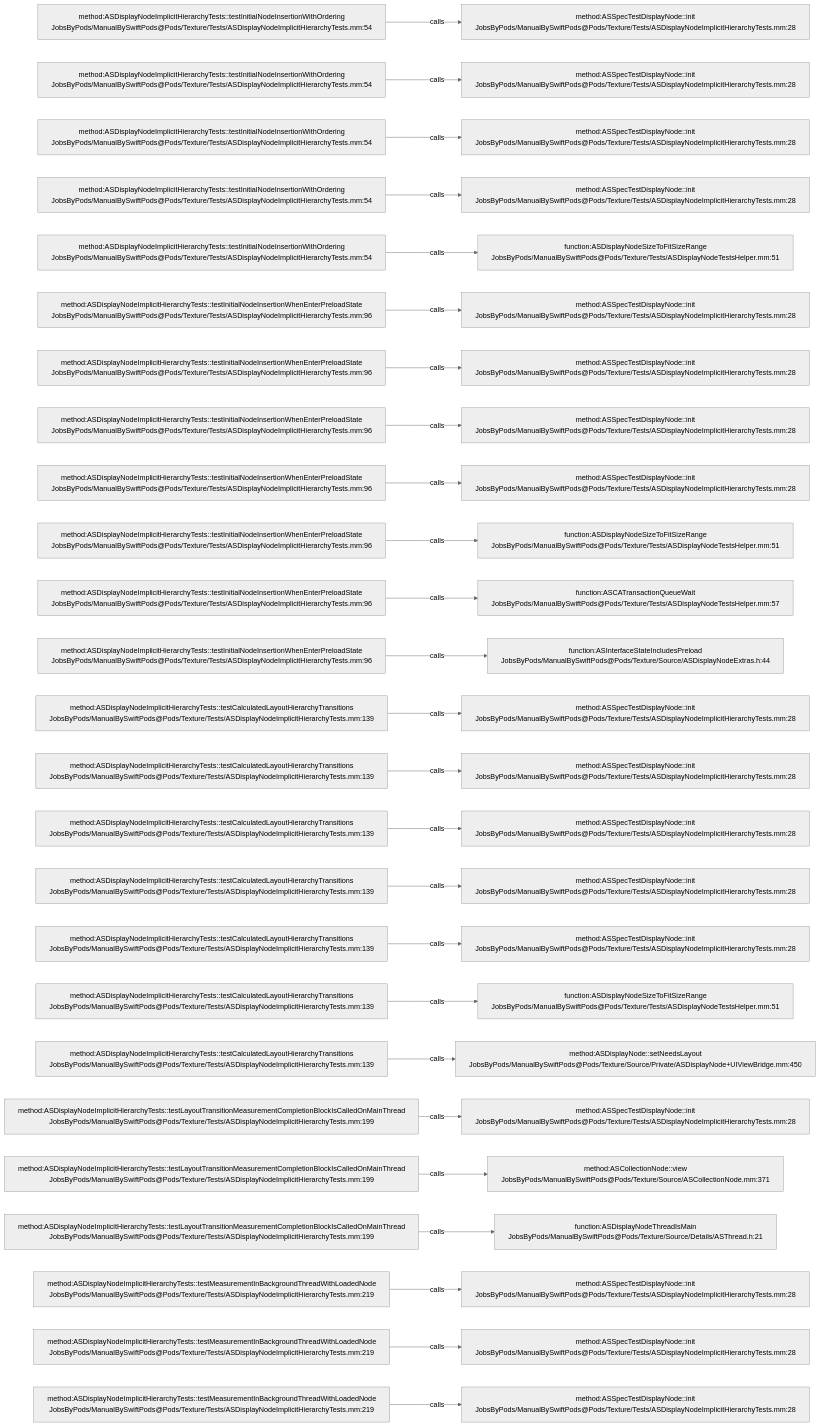
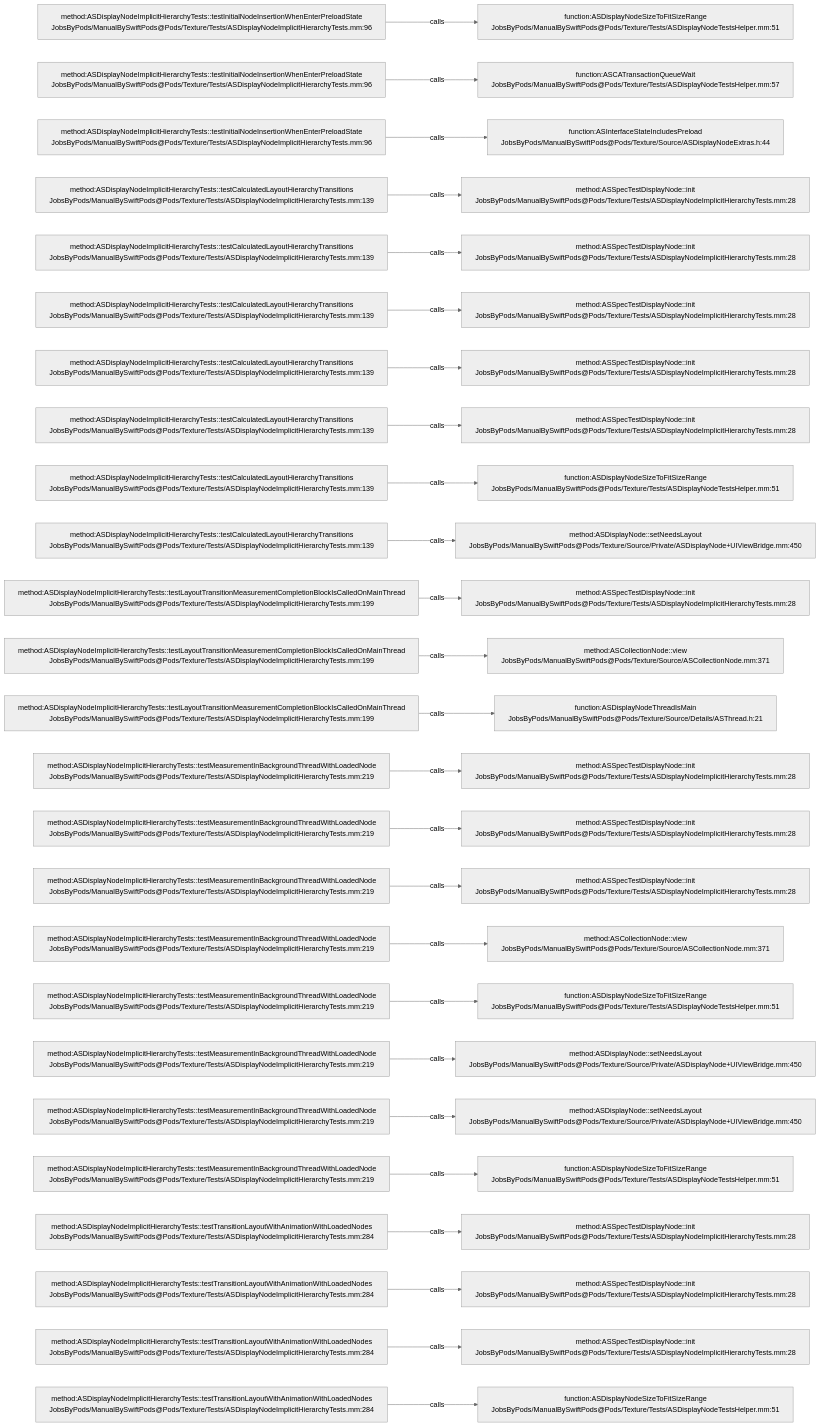
The diagram in .codegraph/codegraph.md/graphs/calls-184.md (JobsKits/JobsSwiftBaseConfigDemo), drawn with Mermaid (neutral theme) before and after one commit. The commit also changed 707 other files, not shown here.

````diff
--- a/.codegraph/codegraph.md/graphs/calls-184.md
+++ b/.codegraph/codegraph.md/graphs/calls-184.md
@@ -13,78 +13,78 @@
 ```mermaid
 flowchart LR
-  S1["method:ASDisplayNodeImplicitHierarchyTests::testInitialNodeInsertionWithOrdering<br/>JobsByPods/ManualBySwiftPods@Pods/Texture/Tests/ASDisplayNodeImplicitHierarchyTests.mm:54"]
-  T1["method:ASSpecTestDisplayNode::init<br/>JobsByPods/ManualBySwiftPods@Pods/Texture/Tests/ASDisplayNodeImplicitHierarchyTests.mm:28"]
+  S1["method:ASDisplayNodeImplicitHierarchyTests::testInitialNodeInsertionWhenEnterPreloadState<br/>JobsByPods/ManualBySwiftPods@Pods/Texture/Tests/ASDisplayNodeImplicitHierarchyTests.mm:96"]
+  T1["function:ASDisplayNodeSizeToFitSizeRange<br/>JobsByPods/ManualBySwiftPods@Pods/Texture/Tests/ASDisplayNodeTestsHelper.mm:51"]
   S1 -->|calls| T1
-  S2["method:ASDisplayNodeImplicitHierarchyTests::testInitialNodeInsertionWithOrdering<br/>JobsByPods/ManualBySwiftPods@Pods/Texture/Tests/ASDisplayNodeImplicitHierarchyTests.mm:54"]
-  T2["method:ASSpecTestDisplayNode::init<br/>JobsByPods/ManualBySwiftPods@Pods/Texture/Tests/ASDisplayNodeImplicitHierarchyTests.mm:28"]
+  S2["method:ASDisplayNodeImplicitHierarchyTests::testInitialNodeInsertionWhenEnterPreloadState<br/>JobsByPods/ManualBySwiftPods@Pods/Texture/Tests/ASDisplayNodeImplicitHierarchyTests.mm:96"]
+  T2["function:ASCATransactionQueueWait<br/>JobsByPods/ManualBySwiftPods@Pods/Texture/Tests/ASDisplayNodeTestsHelper.mm:57"]
   S2 -->|calls| T2
-  S3["method:ASDisplayNodeImplicitHierarchyTests::testInitialNodeInsertionWithOrdering<br/>JobsByPods/ManualBySwiftPods@Pods/Texture/Tests/ASDisplayNodeImplicitHierarchyTests.mm:54"]
-  T3["method:ASSpecTestDisplayNode::init<br/>JobsByPods/ManualBySwiftPods@Pods/Texture/Tests/ASDisplayNodeImplicitHierarchyTests.mm:28"]
+  S3["method:ASDisplayNodeImplicitHierarchyTests::testInitialNodeInsertionWhenEnterPreloadState<br/>JobsByPods/ManualBySwiftPods@Pods/Texture/Tests/ASDisplayNodeImplicitHierarchyTests.mm:96"]
+  T3["function:ASInterfaceStateIncludesPreload<br/>JobsByPods/ManualBySwiftPods@Pods/Texture/Source/ASDisplayNodeExtras.h:44"]
   S3 -->|calls| T3
-  S4["method:ASDisplayNodeImplicitHierarchyTests::testInitialNodeInsertionWithOrdering<br/>JobsByPods/ManualBySwiftPods@Pods/Texture/Tests/ASDisplayNodeImplicitHierarchyTests.mm:54"]
+  S4["method:ASDisplayNodeImplicitHierarchyTests::testCalculatedLayoutHierarchyTransitions<br/>JobsByPods/ManualBySwiftPods@Pods/Texture/Tests/ASDisplayNodeImplicitHierarchyTests.mm:139"]
   T4["method:ASSpecTestDisplayNode::init<br/>JobsByPods/ManualBySwiftPods@Pods/Texture/Tests/ASDisplayNodeImplicitHierarchyTests.mm:28"]
   S4 -->|calls| T4
-  S5["method:ASDisplayNodeImplicitHierarchyTests::testInitialNodeInsertionWithOrdering<br/>JobsByPods/ManualBySwiftPods@Pods/Texture/Tests/ASDisplayNodeImplicitHierarchyTests.mm:54"]
-  T5["function:ASDisplayNodeSizeToFitSizeRange<br/>JobsByPods/ManualBySwiftPods@Pods/Texture/Tests/ASDisplayNodeTestsHelper.mm:51"]
+  S5["method:ASDisplayNodeImplicitHierarchyTests::testCalculatedLayoutHierarchyTransitions<br/>JobsByPods/ManualBySwiftPods@Pods/Texture/Tests/ASDisplayNodeImplicitHierarchyTests.mm:139"]
+  T5["method:ASSpecTestDisplayNode::init<br/>JobsByPods/ManualBySwiftPods@Pods/Texture/Tests/ASDisplayNodeImplicitHierarchyTests.mm:28"]
   S5 -->|calls| T5
-  S6["method:ASDisplayNodeImplicitHierarchyTests::testInitialNodeInsertionWhenEnterPreloadState<br/>JobsByPods/ManualBySwiftPods@Pods/Texture/Tests/ASDisplayNodeImplicitHierarchyTests.mm:96"]
+  S6["method:ASDisplayNodeImplicitHierarchyTests::testCalculatedLayoutHierarchyTransitions<br/>JobsByPods/ManualBySwiftPods@Pods/Texture/Tests/ASDisplayNodeImplicitHierarchyTests.mm:139"]
   T6["method:ASSpecTestDisplayNode::init<br/>JobsByPods/ManualBySwiftPods@Pods/Texture/Tests/ASDisplayNodeImplicitHierarchyTests.mm:28"]
   S6 -->|calls| T6
-  S7["method:ASDisplayNodeImplicitHierarchyTests::testInitialNodeInsertionWhenEnterPreloadState<br/>JobsByPods/ManualBySwiftPods@Pods/Texture/Tests/ASDisplayNodeImplicitHierarchyTests.mm:96"]
+  S7["method:ASDisplayNodeImplicitHierarchyTests::testCalculatedLayoutHierarchyTransitions<br/>JobsByPods/ManualBySwiftPods@Pods/Texture/Tests/ASDisplayNodeImplicitHierarchyTests.mm:139"]
   T7["method:ASSpecTestDisplayNode::init<br/>JobsByPods/ManualBySwiftPods@Pods/Texture/Tests/ASDisplayNodeImplicitHierarchyTests.mm:28"]
   S7 -->|calls| T7
-  S8["method:ASDisplayNodeImplicitHierarchyTests::testInitialNodeInsertionWhenEnterPreloadState<br/>JobsByPods/ManualBySwiftPods@Pods/Texture/Tests/ASDisplayNodeImplicitHierarchyTests.mm:96"]
+  S8["method:ASDisplayNodeImplicitHierarchyTests::testCalculatedLayoutHierarchyTransitions<br/>JobsByPods/ManualBySwiftPods@Pods/Texture/Tests/ASDisplayNodeImplicitHierarchyTests.mm:139"]
   T8["method:ASSpecTestDisplayNode::init<br/>JobsByPods/ManualBySwiftPods@Pods/Texture/Tests/ASDisplayNodeImplicitHierarchyTests.mm:28"]
   S8 -->|calls| T8
-  S9["method:ASDisplayNodeImplicitHierarchyTests::testInitialNodeInsertionWhenEnterPreloadState<br/>JobsByPods/ManualBySwiftPods@Pods/Texture/Tests/ASDisplayNodeImplicitHierarchyTests.mm:96"]
-  T9["method:ASSpecTestDisplayNode::init<br/>JobsByPods/ManualBySwiftPods@Pods/Texture/Tests/ASDisplayNodeImplicitHierarchyTests.mm:28"]
+  S9["method:ASDisplayNodeImplicitHierarchyTests::testCalculatedLayoutHierarchyTransitions<br/>JobsByPods/ManualBySwiftPods@Pods/Texture/Tests/ASDisplayNodeImplicitHierarchyTests.mm:139"]
+  T9["function:ASDisplayNodeSizeToFitSizeRange<br/>JobsByPods/ManualBySwiftPods@Pods/Texture/Tests/ASDisplayNodeTestsHelper.mm:51"]
   S9 -->|calls| T9
-  S10["method:ASDisplayNodeImplicitHierarchyTests::testInitialNodeInsertionWhenEnterPreloadState<br/>JobsByPods/ManualBySwiftPods@Pods/Texture/Tests/ASDisplayNodeImplicitHierarchyTests.mm:96"]
-  T10["function:ASDisplayNodeSizeToFitSizeRange<br/>JobsByPods/ManualBySwiftPods@Pods/Texture/Tests/ASDisplayNodeTestsHelper.mm:51"]
+  S10["method:ASDisplayNodeImplicitHierarchyTests::testCalculatedLayoutHierarchyTransitions<br/>JobsByPods/ManualBySwiftPods@Pods/Texture/Tests/ASDisplayNodeImplicitHierarchyTests.mm:139"]
+  T10["method:ASDisplayNode::setNeedsLayout<br/>JobsByPods/ManualBySwiftPods@Pods/Texture/Source/Private/ASDisplayNode+UIViewBridge.mm:450"]
   S10 -->|calls| T10
-  S11["method:ASDisplayNodeImplicitHierarchyTests::testInitialNodeInsertionWhenEnterPreloadState<br/>JobsByPods/ManualBySwiftPods@Pods/Texture/Tests/ASDisplayNodeImplicitHierarchyTests.mm:96"]
-  T11["function:ASCATransactionQueueWait<br/>JobsByPods/ManualBySwiftPods@Pods/Texture/Tests/ASDisplayNodeTestsHelper.mm:57"]
+  S11["method:ASDisplayNodeImplicitHierarchyTests::testLayoutTransitionMeasurementCompletionBlockIsCalledOnMainThread<br/>JobsByPods/ManualBySwiftPods@Pods/Texture/Tests/ASDisplayNodeImplicitHierarchyTests.mm:199"]
+  T11["method:ASSpecTestDisplayNode::init<br/>JobsByPods/ManualBySwiftPods@Pods/Texture/Tests/ASDisplayNodeImplicitHierarchyTests.mm:28"]
   S11 -->|calls| T11
-  S12["method:ASDisplayNodeImplicitHierarchyTests::testInitialNodeInsertionWhenEnterPreloadState<br/>JobsByPods/ManualBySwiftPods@Pods/Texture/Tests/ASDisplayNodeImplicitHierarchyTests.mm:96"]
-  T12["function:ASInterfaceStateIncludesPreload<br/>JobsByPods/ManualBySwiftPods@Pods/Texture/Source/ASDisplayNodeExtras.h:44"]
+  S12["method:ASDisplayNodeImplicitHierarchyTests::testLayoutTransitionMeasurementCompletionBlockIsCalledOnMainThread<br/>JobsByPods/ManualBySwiftPods@Pods/Texture/Tests/ASDisplayNodeImplicitHierarchyTests.mm:199"]
+  T12["method:ASCollectionNode::view<br/>JobsByPods/ManualBySwiftPods@Pods/Texture/Source/ASCollectionNode.mm:371"]
   S12 -->|calls| T12
-  S13["method:ASDisplayNodeImplicitHierarchyTests::testCalculatedLayoutHierarchyTransitions<br/>JobsByPods/ManualBySwiftPods@Pods/Texture/Tests/ASDisplayNodeImplicitHierarchyTests.mm:139"]
-  T13["method:ASSpecTestDisplayNode::init<br/>JobsByPods/ManualBySwiftPods@Pods/Texture/Tests/ASDisplayNodeImplicitHierarchyTests.mm:28"]
+  S13["method:ASDisplayNodeImplicitHierarchyTests::testLayoutTransitionMeasurementCompletionBlockIsCalledOnMainThread<br/>JobsByPods/ManualBySwiftPods@Pods/Texture/Tests/ASDisplayNodeImplicitHierarchyTests.mm:199"]
+  T13["function:ASDisplayNodeThreadIsMain<br/>JobsByPods/ManualBySwiftPods@Pods/Texture/Source/Details/ASThread.h:21"]
   S13 -->|calls| T13
-  S14["method:ASDisplayNodeImplicitHierarchyTests::testCalculatedLayoutHierarchyTransitions<br/>JobsByPods/ManualBySwiftPods@Pods/Texture/Tests/ASDisplayNodeImplicitHierarchyTests.mm:139"]
+  S14["method:ASDisplayNodeImplicitHierarchyTests::testMeasurementInBackgroundThreadWithLoadedNode<br/>JobsByPods/ManualBySwiftPods@Pods/Texture/Tests/ASDisplayNodeImplicitHierarchyTests.mm:219"]
   T14["method:ASSpecTestDisplayNode::init<br/>JobsByPods/ManualBySwiftPods@Pods/Texture/Tests/ASDisplayNodeImplicitHierarchyTests.mm:28"]
   S14 -->|calls| T14
-  S15["method:ASDisplayNodeImplicitHierarchyTests::testCalculatedLayoutHierarchyTransitions<br/>JobsByPods/ManualBySwiftPods@Pods/Texture/Tests/ASDisplayNodeImplicitHierarchyTests.mm:139"]
+  S15["method:ASDisplayNodeImplicitHierarchyTests::testMeasurementInBackgroundThreadWithLoadedNode<br/>JobsByPods/ManualBySwiftPods@Pods/Texture/Tests/ASDisplayNodeImplicitHierarchyTests.mm:219"]
   T15["method:ASSpecTestDisplayNode::init<br/>JobsByPods/ManualBySwiftPods@Pods/Texture/Tests/ASDisplayNodeImplicitHierarchyTests.mm:28"]
   S15 -->|calls| T15
-  S16["method:ASDisplayNodeImplicitHierarchyTests::testCalculatedLayoutHierarchyTransitions<br/>JobsByPods/ManualBySwiftPods@Pods/Texture/Tests/ASDisplayNodeImplicitHierarchyTests.mm:139"]
+  S16["method:ASDisplayNodeImplicitHierarchyTests::testMeasurementInBackgroundThreadWithLoadedNode<br/>JobsByPods/ManualBySwiftPods@Pods/Texture/Tests/ASDisplayNodeImplicitHierarchyTests.mm:219"]
   T16["method:ASSpecTestDisplayNode::init<br/>JobsByPods/ManualBySwiftPods@Pods/Texture/Tests/ASDisplayNodeImplicitHierarchyTests.mm:28"]
   S16 -->|calls| T16
-  S17["method:ASDisplayNodeImplicitHierarchyTests::testCalculatedLayoutHierarchyTransitions<br/>JobsByPods/ManualBySwiftPods@Pods/Texture/Tests/ASDisplayNodeImplicitHierarchyTests.mm:139"]
-  T17["method:ASSpecTestDisplayNode::init<br/>JobsByPods/ManualBySwiftPods@Pods/Texture/Tests/ASDisplayNodeImplicitHierarchyTests.mm:28"]
+  S17["method:ASDisplayNodeImplicitHierarchyTests::testMeasurementInBackgroundThreadWithLoadedNode<br/>JobsByPods/ManualBySwiftPods@Pods/Texture/Tests/ASDisplayNodeImplicitHierarchyTests.mm:219"]
+  T17["method:ASCollectionNode::view<br/>JobsByPods/ManualBySwiftPods@Pods/Texture/Source/ASCollectionNode.mm:371"]
   S17 -->|calls| T17
-  S18["method:ASDisplayNodeImplicitHierarchyTests::testCalculatedLayoutHierarchyTransitions<br/>JobsByPods/ManualBySwiftPods@Pods/Texture/Tests/ASDisplayNodeImplicitHierarchyTests.mm:139"]
+  S18["method:ASDisplayNodeImplicitHierarchyTests::testMeasurementInBackgroundThreadWithLoadedNode<br/>JobsByPods/ManualBySwiftPods@Pods/Texture/Tests/ASDisplayNodeImplicitHierarchyTests.mm:219"]
   T18["function:ASDisplayNodeSizeToFitSizeRange<br/>JobsByPods/ManualBySwiftPods@Pods/Texture/Tests/ASDisplayNodeTestsHelper.mm:51"]
   S18 -->|calls| T18
-  S19["method:ASDisplayNodeImplicitHierarchyTests::testCalculatedLayoutHierarchyTransitions<br/>JobsByPods/ManualBySwiftPods@Pods/Texture/Tests/ASDisplayNodeImplicitHierarchyTests.mm:139"]
+  S19["method:ASDisplayNodeImplicitHierarchyTests::testMeasurementInBackgroundThreadWithLoadedNode<br/>JobsByPods/ManualBySwiftPods@Pods/Texture/Tests/ASDisplayNodeImplicitHierarchyTests.mm:219"]
   T19["method:ASDisplayNode::setNeedsLayout<br/>JobsByPods/ManualBySwiftPods@Pods/Texture/Source/Private/ASDisplayNode+UIViewBridge.mm:450"]
   S19 -->|calls| T19
-  S20["method:ASDisplayNodeImplicitHierarchyTests::testLayoutTransitionMeasurementCompletionBlockIsCalledOnMainThread<br/>JobsByPods/ManualBySwiftPods@Pods/Texture/Tests/ASDisplayNodeImplicitHierarchyTests.mm:199"]
-  T20["method:ASSpecTestDisplayNode::init<br/>JobsByPods/ManualBySwiftPods@Pods/Texture/Tests/ASDisplayNodeImplicitHierarchyTests.mm:28"]
+  S20["method:ASDisplayNodeImplicitHierarchyTests::testMeasurementInBackgroundThreadWithLoadedNode<br/>JobsByPods/ManualBySwiftPods@Pods/Texture/Tests/ASDisplayNodeImplicitHierarchyTests.mm:219"]
+  T20["method:ASDisplayNode::setNeedsLayout<br/>JobsByPods/ManualBySwiftPods@Pods/Texture/Source/Private/ASDisplayNode+UIViewBridge.mm:450"]
   S20 -->|calls| T20
-  S21["method:ASDisplayNodeImplicitHierarchyTests::testLayoutTransitionMeasurementCompletionBlockIsCalledOnMainThread<br/>JobsByPods/ManualBySwiftPods@Pods/Texture/Tests/ASDisplayNodeImplicitHierarchyTests.mm:199"]
-  T21["method:ASCollectionNode::view<br/>JobsByPods/ManualBySwiftPods@Pods/Texture/Source/ASCollectionNode.mm:371"]
+  S21["method:ASDisplayNodeImplicitHierarchyTests::testMeasurementInBackgroundThreadWithLoadedNode<br/>JobsByPods/ManualBySwiftPods@Pods/Texture/Tests/ASDisplayNodeImplicitHierarchyTests.mm:219"]
+  T21["function:ASDisplayNodeSizeToFitSizeRange<br/>JobsByPods/ManualBySwiftPods@Pods/Texture/Tests/ASDisplayNodeTestsHelper.mm:51"]
   S21 -->|calls| T21
-  S22["method:ASDisplayNodeImplicitHierarchyTests::testLayoutTransitionMeasurementCompletionBlockIsCalledOnMainThread<br/>JobsByPods/ManualBySwiftPods@Pods/Texture/Tests/ASDisplayNodeImplicitHierarchyTests.mm:199"]
-  T22["function:ASDisplayNodeThreadIsMain<br/>JobsByPods/ManualBySwiftPods@Pods/Texture/Source/Details/ASThread.h:21"]
+  S22["method:ASDisplayNodeImplicitHierarchyTests::testTransitionLayoutWithAnimationWithLoadedNodes<br/>JobsByPods/ManualBySwiftPods@Pods/Texture/Tests/ASDisplayNodeImplicitHierarchyTests.mm:284"]
+  T22["method:ASSpecTestDisplayNode::init<br/>JobsByPods/ManualBySwiftPods@Pods/Texture/Tests/ASDisplayNodeImplicitHierarchyTests.mm:28"]
   S22 -->|calls| T22
-  S23["method:ASDisplayNodeImplicitHierarchyTests::testMeasurementInBackgroundThreadWithLoadedNode<br/>JobsByPods/ManualBySwiftPods@Pods/Texture/Tests/ASDisplayNodeImplicitHierarchyTests.mm:219"]
+  S23["method:ASDisplayNodeImplicitHierarchyTests::testTransitionLayoutWithAnimationWithLoadedNodes<br/>JobsByPods/ManualBySwiftPods@Pods/Texture/Tests/ASDisplayNodeImplicitHierarchyTests.mm:284"]
   T23["method:ASSpecTestDisplayNode::init<br/>JobsByPods/ManualBySwiftPods@Pods/Texture/Tests/ASDisplayNodeImplicitHierarchyTests.mm:28"]
   S23 -->|calls| T23
-  S24["method:ASDisplayNodeImplicitHierarchyTests::testMeasurementInBackgroundThreadWithLoadedNode<br/>JobsByPods/ManualBySwiftPods@Pods/Texture/Tests/ASDisplayNodeImplicitHierarchyTests.mm:219"]
+  S24["method:ASDisplayNodeImplicitHierarchyTests::testTransitionLayoutWithAnimationWithLoadedNodes<br/>JobsByPods/ManualBySwiftPods@Pods/Texture/Tests/ASDisplayNodeImplicitHierarchyTests.mm:284"]
   T24["method:ASSpecTestDisplayNode::init<br/>JobsByPods/ManualBySwiftPods@Pods/Texture/Tests/ASDisplayNodeImplicitHierarchyTests.mm:28"]
   S24 -->|calls| T24
-  S25["method:ASDisplayNodeImplicitHierarchyTests::testMeasurementInBackgroundThreadWithLoadedNode<br/>JobsByPods/ManualBySwiftPods@Pods/Texture/Tests/ASDisplayNodeImplicitHierarchyTests.mm:219"]
-  T25["method:ASSpecTestDisplayNode::init<br/>JobsByPods/ManualBySwiftPods@Pods/Texture/Tests/ASDisplayNodeImplicitHierarchyTests.mm:28"]
+  S25["method:ASDisplayNodeImplicitHierarchyTests::testTransitionLayoutWithAnimationWithLoadedNodes<br/>JobsByPods/ManualBySwiftPods@Pods/Texture/Tests/ASDisplayNodeImplicitHierarchyTests.mm:284"]
+  T25["function:ASDisplayNodeSizeToFitSizeRange<br/>JobsByPods/ManualBySwiftPods@Pods/Texture/Tests/ASDisplayNodeTestsHelper.mm:51"]
   S25 -->|calls| T25
 ```
````
